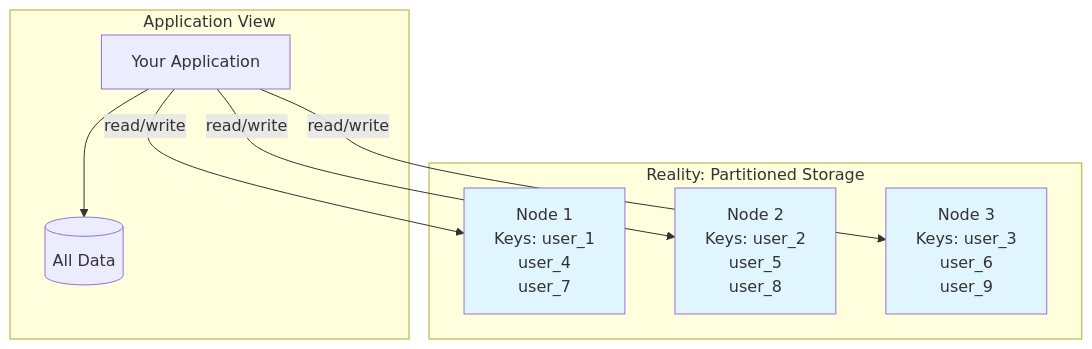
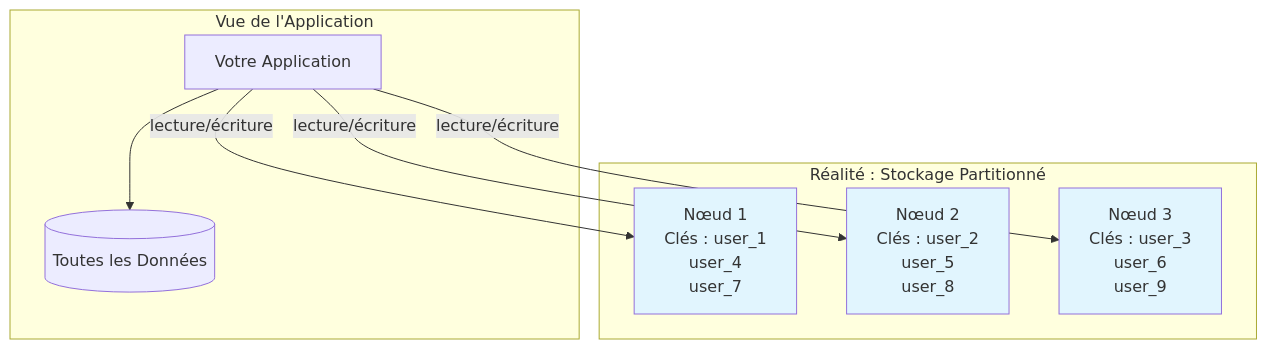
Before and after one commit to dardourimohamed/distributed-systems-course: the first of 7 diagrams in src/data-store/01-partitioning.md, drawn with Mermaid. The commit also changed other lines of this file and 38 other files, not shown here.

````diff
--- a/src/data-store/01-partitioning.md
+++ b/src/data-store/01-partitioning.md
@@ -16,22 +16,22 @@
 ```mermaid
 graph TB
-    subgraph "Application View"
-        App["Your Application"]
-        Data[("All Data")]
+    subgraph "Vue de l'Application"
+        App["Votre Application"]
+        Data[("Toutes les Données")]
         App --> Data
     end
 
-    subgraph "Reality: Partitioned Storage"
-        Node1["Node 1<br/>Keys: user_1<br/>user_4<br/>user_7"]
-        Node2["Node 2<br/>Keys: user_2<br/>user_5<br/>user_8"]
-        Node3["Node 3<br/>Keys: user_3<br/>user_6<br/>user_9"]
+    subgraph "Réalité : Stockage Partitionné"
+        Node1["Nœud 1<br/>Clés : user_1<br/>user_4<br/>user_7"]
+        Node2["Nœud 2<br/>Clés : user_2<br/>user_5<br/>user_8"]
+        Node3["Nœud 3<br/>Clés : user_3<br/>user_6<br/>user_9"]
     end
 
-    App -->|"read/write"| Node1
-    App -->|"read/write"| Node2
-    App -->|"read/write"| Node3
+    App -->|"lecture/écriture"| Node1
+    App -->|"lecture/écriture"| Node2
+    App -->|"lecture/écriture"| Node3
 
     style Node1 fill:#e1f5fe
     style Node2 fill:#e1f5fe
     style Node3 fill:#e1f5fe
 ```
````
